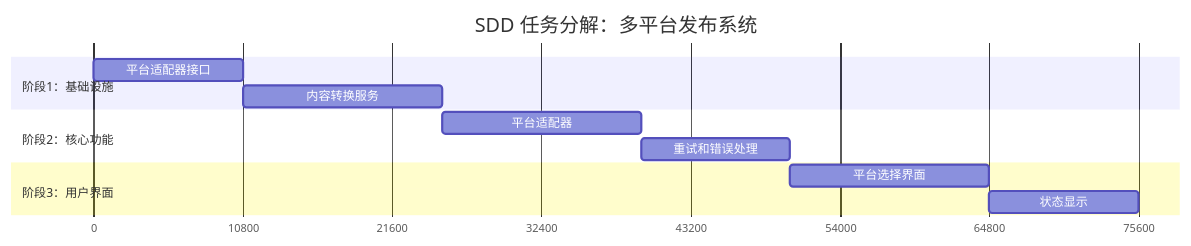
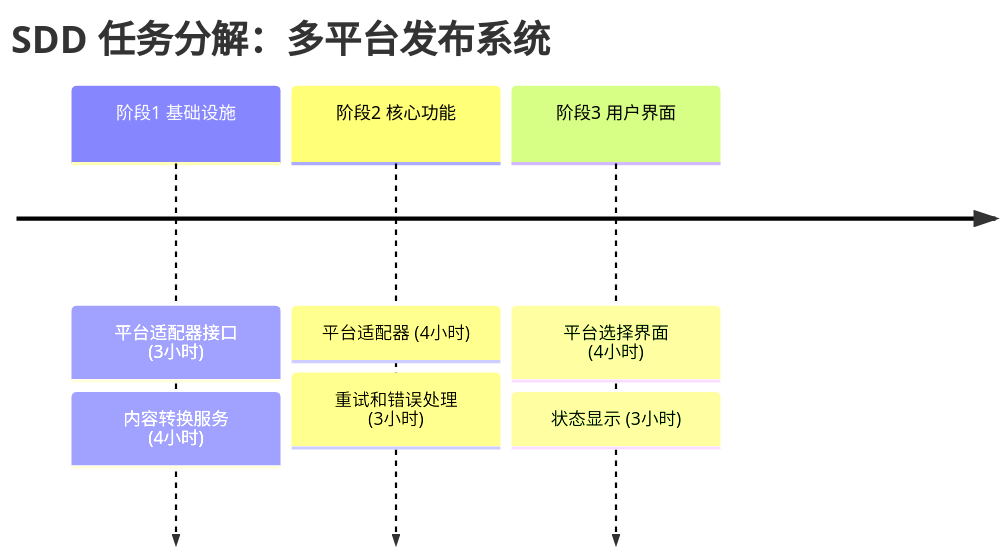
Before and after one commit to tikazyq/marvinzhang.dev: the first of 5 diagrams in i18n/zh/docusaurus-plugin-content-blog/2025-09-16-spec-driven-development.mdx, drawn with Mermaid. The commit also changed 1 other file, not shown here.

Commit message:
refactor: update task breakdown format in SDD documentation for clarity and consistency

````diff
--- a/i18n/zh/docusaurus-plugin-content-blog/2025-09-16-spec-driven-development.mdx
+++ b/i18n/zh/docusaurus-plugin-content-blog/2025-09-16-spec-driven-development.mdx
@@ -116,18 +116,13 @@
 ```mermaid
-gantt
+timeline
     title SDD 任务分解：多平台发布系统
-    dateFormat X
-    axisFormat %s
-
-    section 阶段1：基础设施
-    平台适配器接口    :task1, 0, 3h
-    内容转换服务     :task2, after task1, 4h
-
-    section 阶段2：核心功能  
-    平台适配器      :task3, after task2, 4h
-    重试和错误处理   :task4, after task3, 3h
-
-    section 阶段3：用户界面
-    平台选择界面    :task5, after task4, 4h
-    状态显示       :task6, after task5, 3h
+    
+    阶段1 基础设施 : 平台适配器接口 (3小时)
+                : 内容转换服务 (4小时)
+    
+    阶段2 核心功能 : 平台适配器 (4小时)
+                : 重试和错误处理 (3小时)
+    
+    阶段3 用户界面 : 平台选择界面 (4小时)
+                : 状态显示 (3小时)
 ```
````
